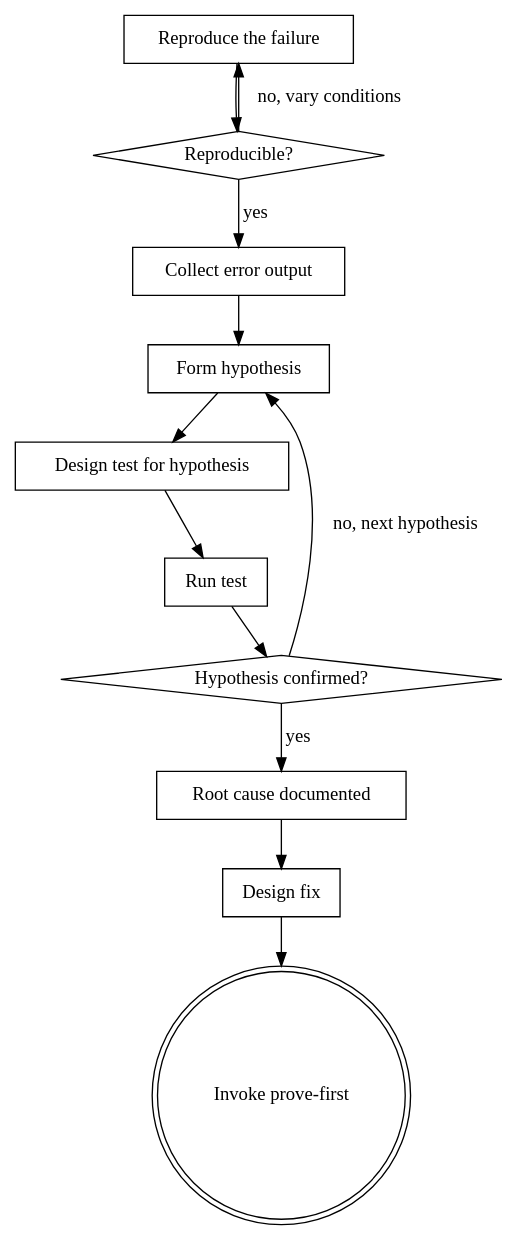
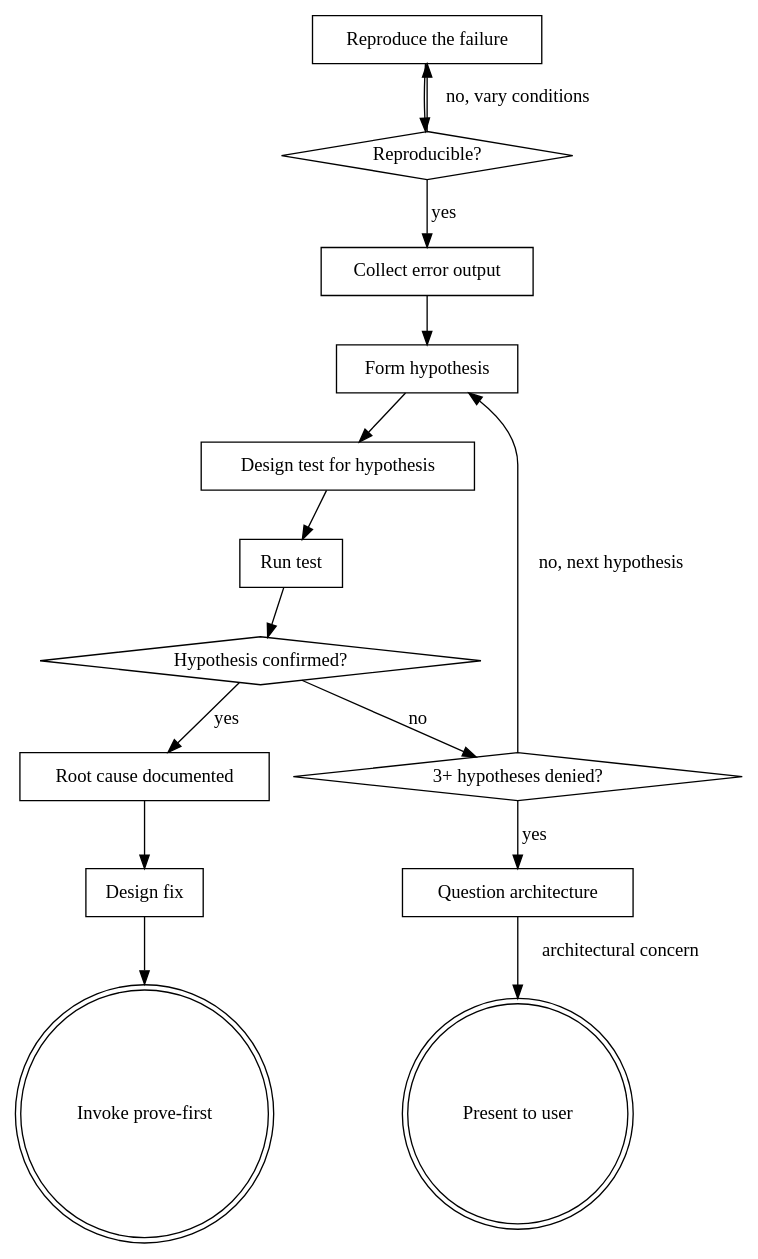
One commit to caseyrtalbot/forge changed the diagram in skills/trace-fault/SKILL.md. Above: the diagram before and after it, drawn with Graphviz. The commit also changed other lines of this file and 32 other files, not shown here.

````diff
--- a/skills/trace-fault/SKILL.md
+++ b/skills/trace-fault/SKILL.md
@@ -23,26 +24,32 @@
 ```dot
 digraph trace_fault {
     "Reproduce the failure" [shape=box];
     "Reproducible?" [shape=diamond];
     "Collect error output" [shape=box];
     "Form hypothesis" [shape=box];
     "Design test for hypothesis" [shape=box];
     "Run test" [shape=box];
     "Hypothesis confirmed?" [shape=diamond];
     "Root cause documented" [shape=box];
     "Design fix" [shape=box];
     "Invoke prove-first" [shape=doublecircle];
 
     "Reproduce the failure" -> "Reproducible?";
     "Reproducible?" -> "Collect error output" [label="yes"];
     "Reproducible?" -> "Reproduce the failure" [label="no, vary conditions"];
     "Collect error output" -> "Form hypothesis";
     "Form hypothesis" -> "Design test for hypothesis";
     "Design test for hypothesis" -> "Run test";
     "Run test" -> "Hypothesis confirmed?";
     "Hypothesis confirmed?" -> "Root cause documented" [label="yes"];
-    "Hypothesis confirmed?" -> "Form hypothesis" [label="no, next hypothesis"];
+    "Hypothesis confirmed?" -> "3+ hypotheses denied?" [label="no"];
+    "3+ hypotheses denied?" [shape=diamond];
+    "3+ hypotheses denied?" -> "Form hypothesis" [label="no, next hypothesis"];
+    "3+ hypotheses denied?" -> "Question architecture" [label="yes"];
+    "Question architecture" [shape=box];
+    "Question architecture" -> "Present to user" [label="architectural concern"];
+    "Present to user" [shape=doublecircle];
     "Root cause documented" -> "Design fix";
     "Design fix" -> "Invoke prove-first";
 }
 ```
````
